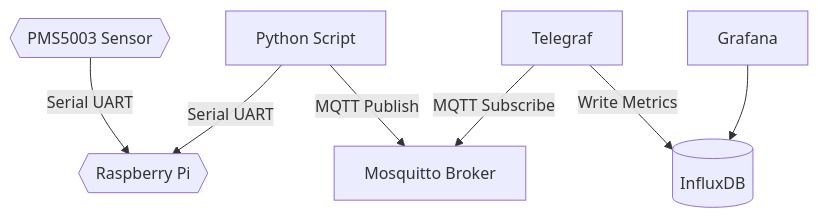
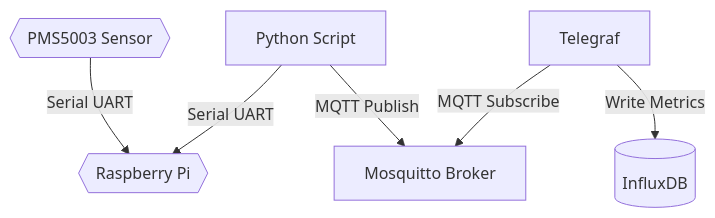
The diagram in README.md (paulkamer/pi-pms5003-air-quality-sensor), drawn with Mermaid before and after one commit. The commit also changed other lines of this file and 6 other files, not shown here.

````diff
--- a/README.md
+++ b/README.md
@@ -15,10 +15,9 @@
 ```mermaid
 graph TD
     A{{PMS5003 Sensor}} -->|Serial UART| B{{Raspberry Pi}}
     C[Python Script] -->|Serial UART| B
     C -->|MQTT Publish| D[Mosquitto Broker]
     E[Telegraf] -->|MQTT Subscribe| D
     E -->|Write Metrics| F[(InfluxDB)]
-    G[Grafana] --> F
 
 ```
````
